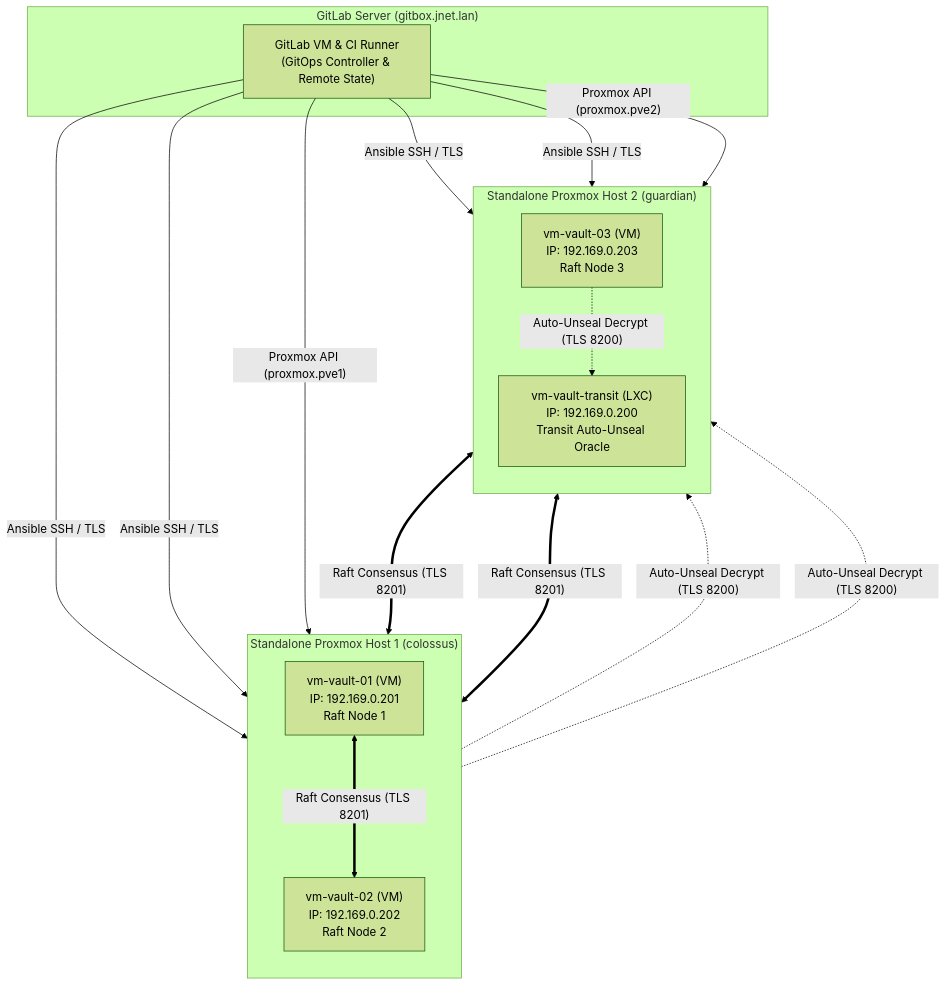
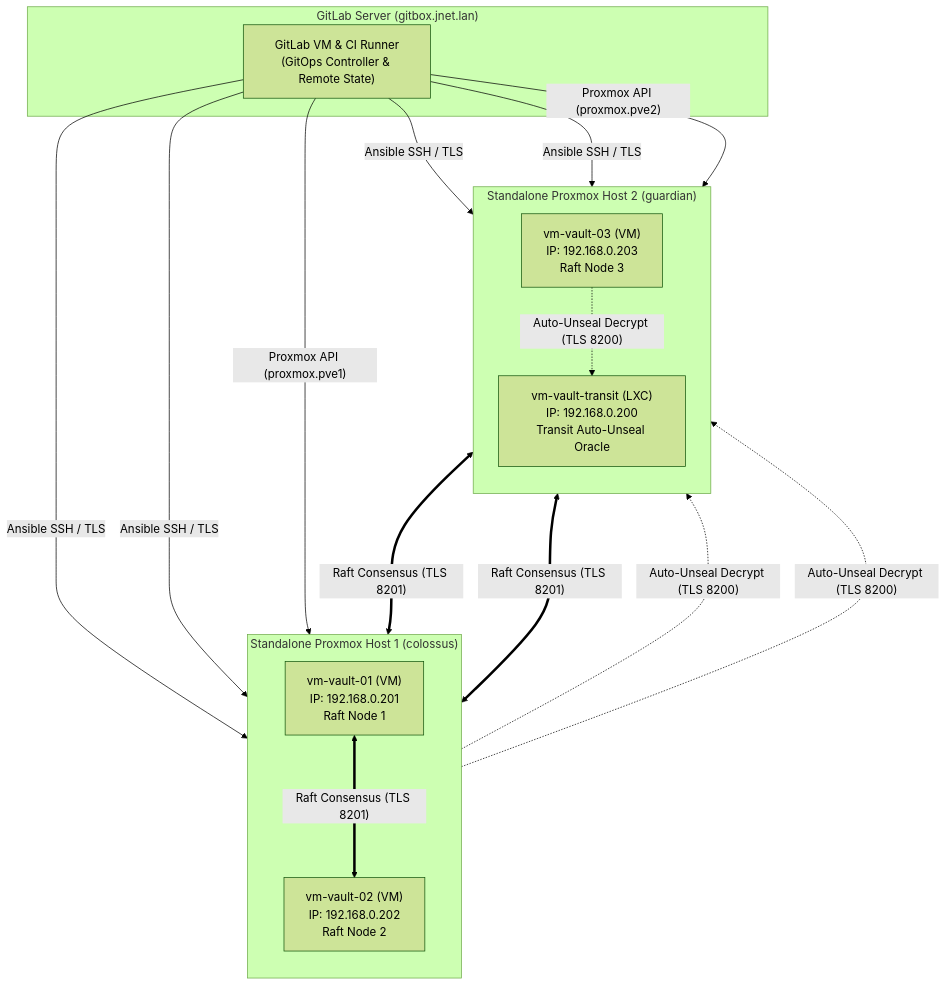
One commit to antonj-code/vault-bootstrap changed the diagram in README.md. Above: the diagram before and after it, drawn with Mermaid (forest theme). The commit also changed other lines of this file and 10 other files, not shown here.

````diff
--- a/README.md
+++ b/README.md
@@ -9,33 +9,33 @@
 ```mermaid
 flowchart TB
     subgraph Host1["Standalone Proxmox Host 1 (colossus)"]
         direction TB
-        V1["vm-vault-01 (VM)<br/>IP: 192.169.0.201<br/>Raft Node 1"]
-        V2["vm-vault-02 (VM)<br/>IP: 192.169.0.202<br/>Raft Node 2"]
+        V1["vm-vault-01 (VM)<br/>IP: 192.168.0.201<br/>Raft Node 1"]
+        V2["vm-vault-02 (VM)<br/>IP: 192.168.0.202<br/>Raft Node 2"]
     end
 
     subgraph Host2["Standalone Proxmox Host 2 (guardian)"]
         direction TB
-        V3["vm-vault-03 (VM)<br/>IP: 192.169.0.203<br/>Raft Node 3"]
-        VT["vm-vault-transit (LXC)<br/>IP: 192.169.0.200<br/>Transit Auto-Unseal Oracle"]
+        V3["vm-vault-03 (VM)<br/>IP: 192.168.0.203<br/>Raft Node 3"]
+        VT["vm-vault-transit (LXC)<br/>IP: 192.168.0.200<br/>Transit Auto-Unseal Oracle"]
     end
 
     subgraph Management["GitLab Server (gitbox.jnet.lan)"]
         GL["GitLab VM & CI Runner<br/>(GitOps Controller & Remote State)"]
     end
 
     V1 <===>|"Raft Consensus (TLS 8201)"| V2
     V2 <===>|"Raft Consensus (TLS 8201)"| V3
     V3 <===>|"Raft Consensus (TLS 8201)"| V1
 
     V1 -.->|"Auto-Unseal Decrypt (TLS 8200)"| VT
     V2 -.->|"Auto-Unseal Decrypt (TLS 8200)"| VT
     V3 -.->|"Auto-Unseal Decrypt (TLS 8200)"| VT
 
     GL -->|"Proxmox API (proxmox.pve1)"| Host1
     GL -->|"Proxmox API (proxmox.pve2)"| Host2
     GL -->|"Ansible SSH / TLS"| V1
     GL -->|"Ansible SSH / TLS"| V2
     GL -->|"Ansible SSH / TLS"| V3
     GL -->|"Ansible SSH / TLS"| VT
 ```
````
